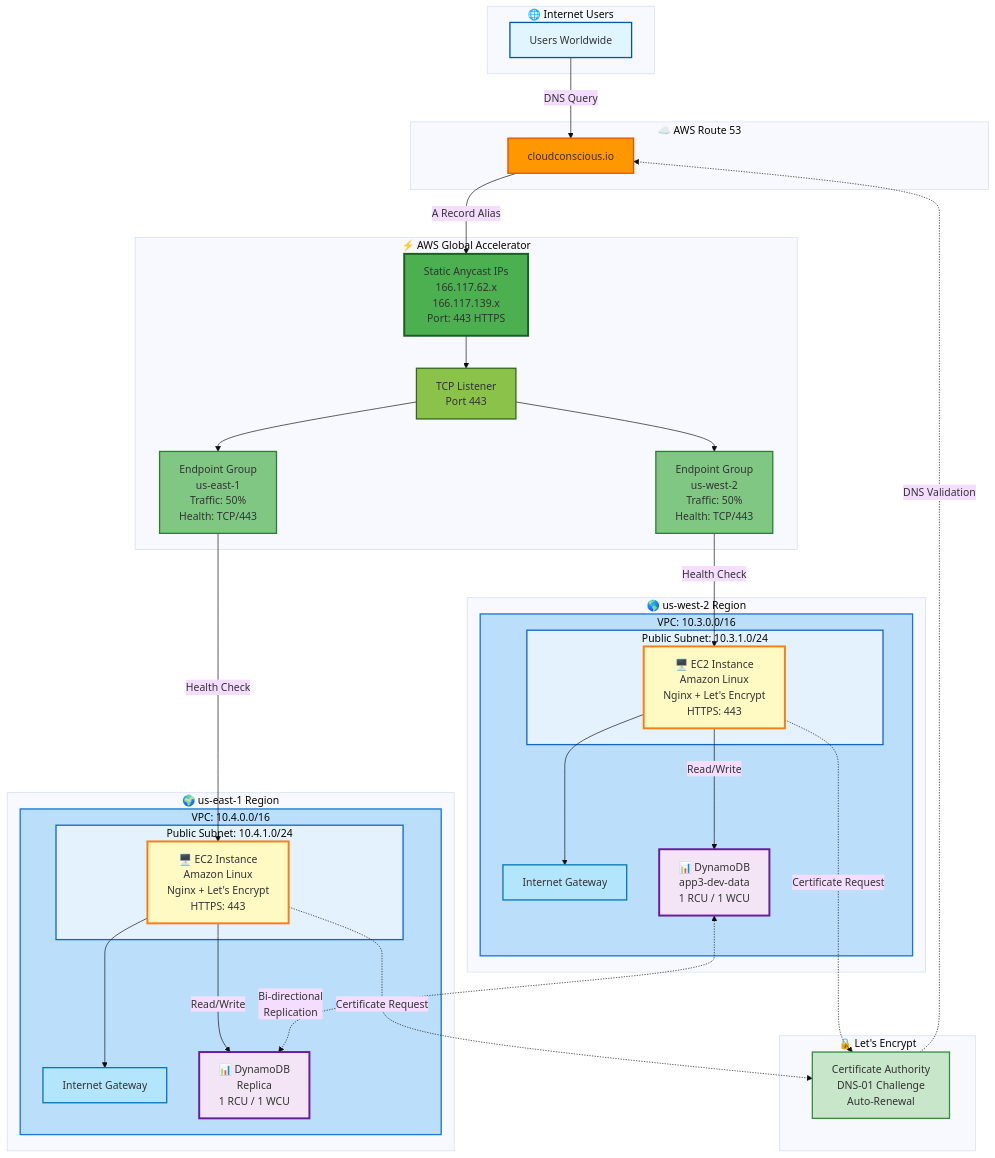
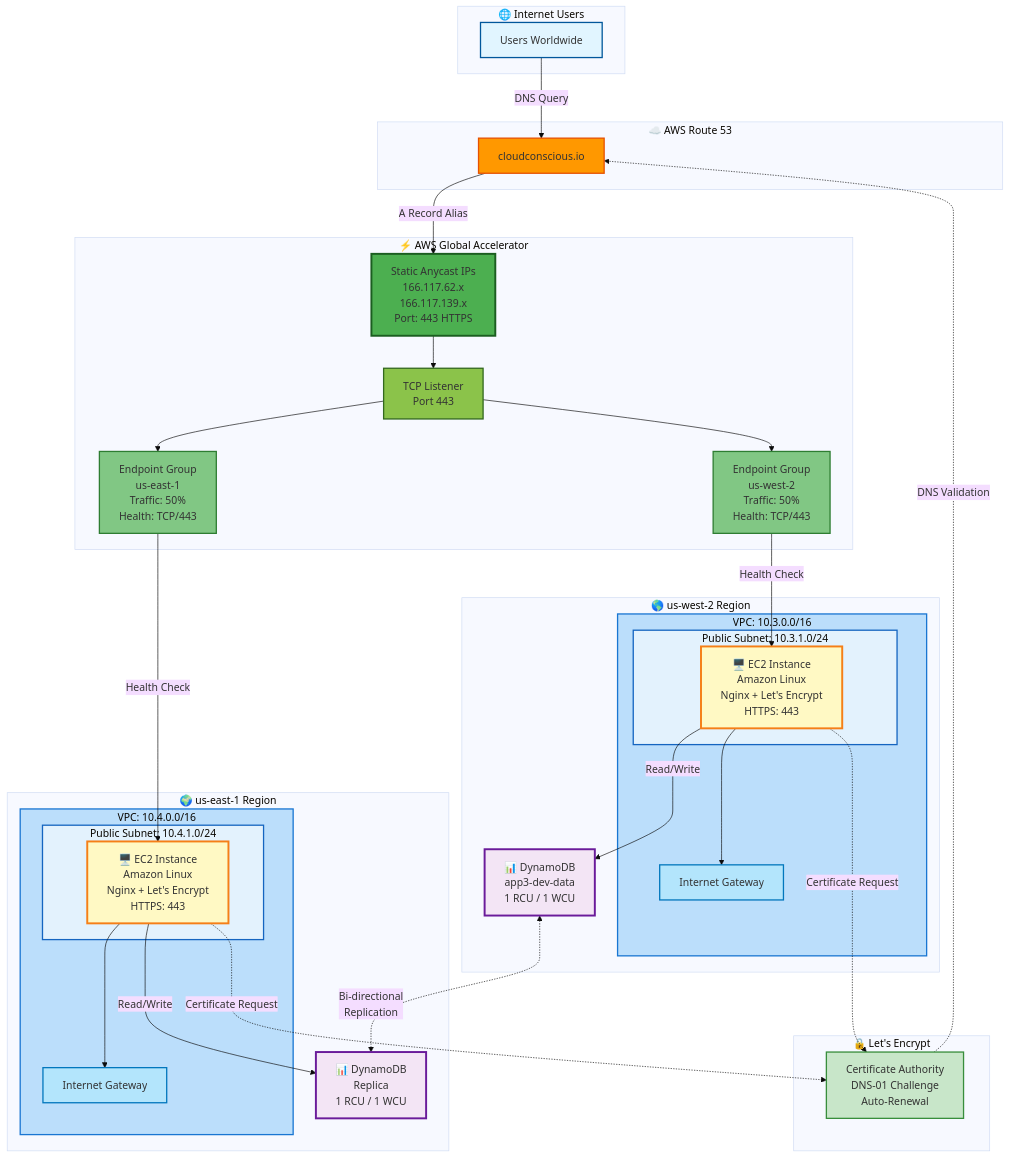
Before and after one commit to vegatros/repo1: the diagram in terraform/stacks/app3/README.md, drawn with Mermaid (base theme).

Commit message:
Restructure diagram for better alignment - DynamoDB at region level

````diff
--- a/terraform/stacks/app3/README.md
+++ b/terraform/stacks/app3/README.md
@@ -9,75 +9,75 @@
 ```mermaid
 graph TB
     subgraph Internet["🌐 Internet Users"]
         Users[Users Worldwide]
     end
     
     subgraph DNS["☁️ AWS Route 53"]
         R53[cloudconscious.io]
     end
     
     subgraph GA["⚡ AWS Global Accelerator"]
         Accelerator[Static Anycast IPs<br/>166.117.62.x<br/>166.117.139.x<br/>Port: 443 HTTPS]
         Listener[TCP Listener<br/>Port 443]
         EG_West[Endpoint Group<br/>us-west-2<br/>Traffic: 50%<br/>Health: TCP/443]
         EG_East[Endpoint Group<br/>us-east-1<br/>Traffic: 50%<br/>Health: TCP/443]
     end
     
     subgraph West["🌎 us-west-2 Region"]
+        DDB_West["📊 DynamoDB<br/>app3-dev-data<br/>1 RCU / 1 WCU"]
         subgraph VPC_West["VPC: 10.3.0.0/16"]
+            IGW_West[Internet Gateway]
             subgraph Subnet_West["Public Subnet: 10.3.1.0/24"]
                 EC2_West["🖥️ EC2 Instance<br/>Amazon Linux<br/>Nginx + Let's Encrypt<br/>HTTPS: 443"]
             end
-            IGW_West[Internet Gateway]
-            DDB_West["📊 DynamoDB<br/>app3-dev-data<br/>1 RCU / 1 WCU"]
         end
     end
     
     subgraph East["🌍 us-east-1 Region"]
+        DDB_East["📊 DynamoDB<br/>Replica<br/>1 RCU / 1 WCU"]
         subgraph VPC_East["VPC: 10.4.0.0/16"]
+            IGW_East[Internet Gateway]
             subgraph Subnet_East["Public Subnet: 10.4.1.0/24"]
                 EC2_East["🖥️ EC2 Instance<br/>Amazon Linux<br/>Nginx + Let's Encrypt<br/>HTTPS: 443"]
             end
-            IGW_East[Internet Gateway]
-            DDB_East["📊 DynamoDB<br/>Replica<br/>1 RCU / 1 WCU"]
         end
     end
     
     subgraph LE["🔒 Let's Encrypt"]
         LetsEncrypt[Certificate Authority<br/>DNS-01 Challenge<br/>Auto-Renewal]
     end
     
     Users -->|DNS Query| R53
     R53 -->|A Record Alias| Accelerator
     Accelerator --> Listener
     Listener --> EG_West
     Listener --> EG_East
     EG_West -->|Health Check| EC2_West
     EG_East -->|Health Check| EC2_East
     EC2_West -->|Read/Write| DDB_West
     EC2_East -->|Read/Write| DDB_East
     DDB_West <-.->|Bi-directional<br/>Replication| DDB_East
     EC2_West -.->|Certificate Request| LetsEncrypt
     EC2_East -.->|Certificate Request| LetsEncrypt
     LetsEncrypt -.->|DNS Validation| R53
     EC2_West --> IGW_West
     EC2_East --> IGW_East
     
     style Users fill:#e1f5ff,stroke:#01579b,stroke-width:2px
     style R53 fill:#ff9800,stroke:#e65100,stroke-width:2px
     style Accelerator fill:#4caf50,stroke:#1b5e20,stroke-width:3px
     style Listener fill:#8bc34a,stroke:#33691e,stroke-width:2px
     style EG_West fill:#81c784,stroke:#2e7d32,stroke-width:2px
     style EG_East fill:#81c784,stroke:#2e7d32,stroke-width:2px
     style VPC_West fill:#bbdefb,stroke:#1976d2,stroke-width:2px
     style VPC_East fill:#bbdefb,stroke:#1976d2,stroke-width:2px
     style Subnet_West fill:#e3f2fd,stroke:#1565c0,stroke-width:2px
     style Subnet_East fill:#e3f2fd,stroke:#1565c0,stroke-width:2px
     style EC2_West fill:#fff9c4,stroke:#f57f17,stroke-width:3px
     style EC2_East fill:#fff9c4,stroke:#f57f17,stroke-width:3px
     style DDB_West fill:#f3e5f5,stroke:#6a1b9a,stroke-width:3px
     style DDB_East fill:#f3e5f5,stroke:#6a1b9a,stroke-width:3px
     style LetsEncrypt fill:#c8e6c9,stroke:#388e3c,stroke-width:2px
     style IGW_West fill:#b3e5fc,stroke:#0277bd,stroke-width:2px
     style IGW_East fill:#b3e5fc,stroke:#0277bd,stroke-width:2px
 ```
````
